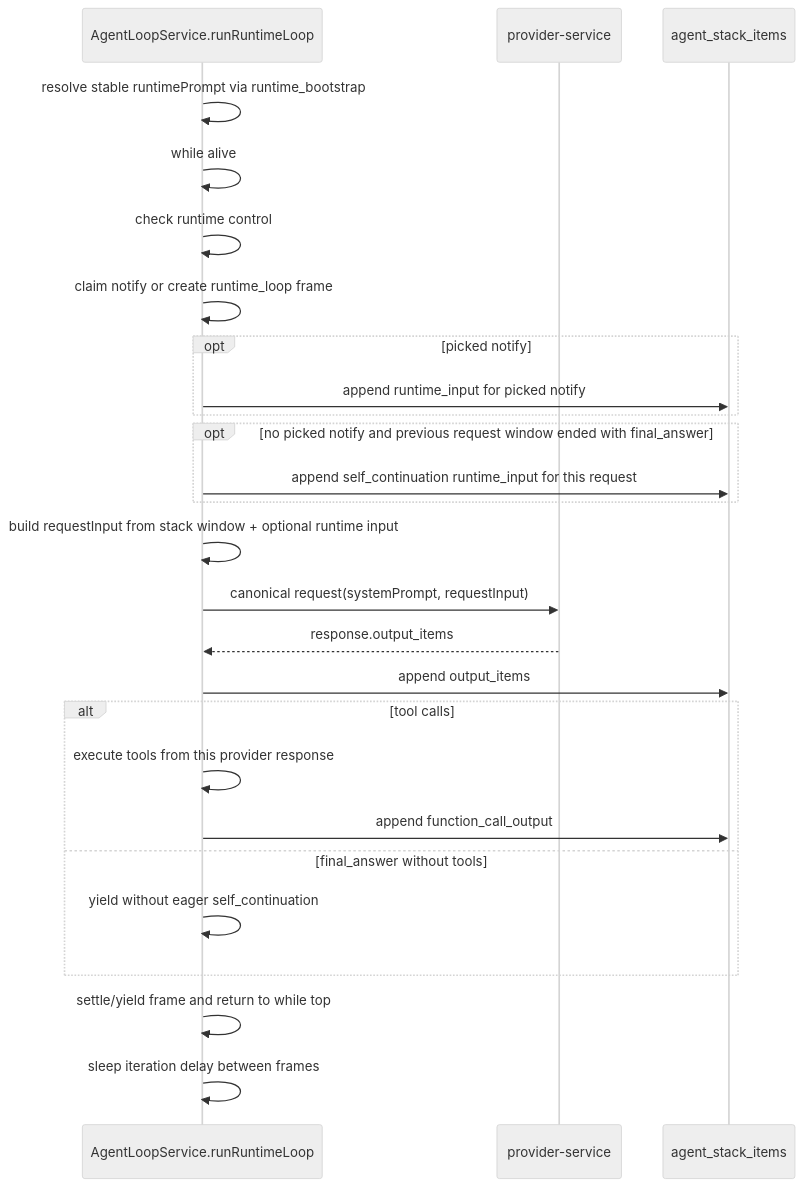
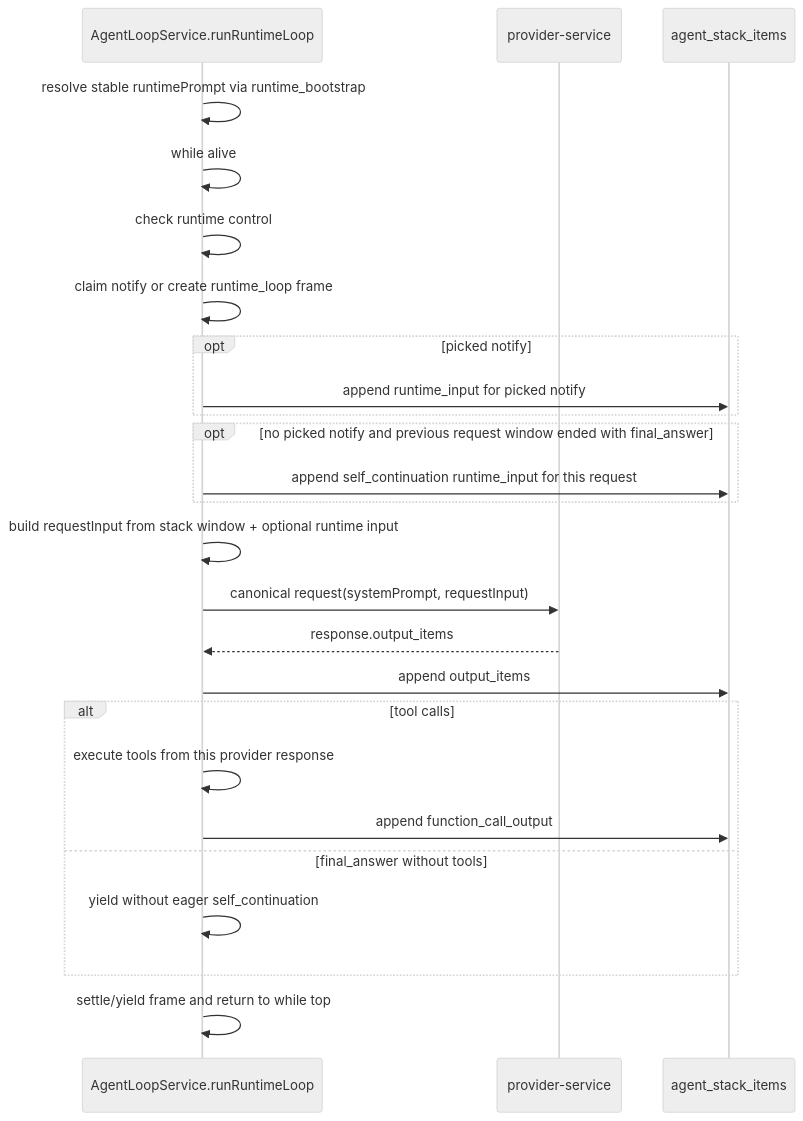
One commit to Hei-AI/xiaoni_cc changed the diagram in docs/XIAONI_NOTIFY_RUNTIME_ARCHITECTURE.md. Above: the diagram before and after it, drawn with Mermaid (neutral theme). The commit also changed other lines of this file and 8 other files, not shown here.

````diff
--- a/docs/XIAONI_NOTIFY_RUNTIME_ARCHITECTURE.md
+++ b/docs/XIAONI_NOTIFY_RUNTIME_ARCHITECTURE.md
@@ -49,29 +50,28 @@
 ```mermaid
 sequenceDiagram
   participant L as AgentLoopService.runRuntimeLoop
   participant P as provider-service
   participant S as agent_stack_items
 
   L->>L: resolve stable runtimePrompt via runtime_bootstrap
   L->>L: while alive
   L->>L: check runtime control
   L->>L: claim notify or create runtime_loop frame
   opt picked notify
     L->>S: append runtime_input for picked notify
   end
   opt no picked notify and previous request window ended with final_answer
     L->>S: append self_continuation runtime_input for this request
   end
   L->>L: build requestInput from stack window + optional runtime input
   L->>P: canonical request(systemPrompt, requestInput)
   P-->>L: response.output_items
   L->>S: append output_items
   alt tool calls
     L->>L: execute tools from this provider response
     L->>S: append function_call_output
   else final_answer without tools
     L->>L: yield without eager self_continuation
   end
   L->>L: settle/yield frame and return to while top
-  L->>L: sleep iteration delay between frames
 ```
````
